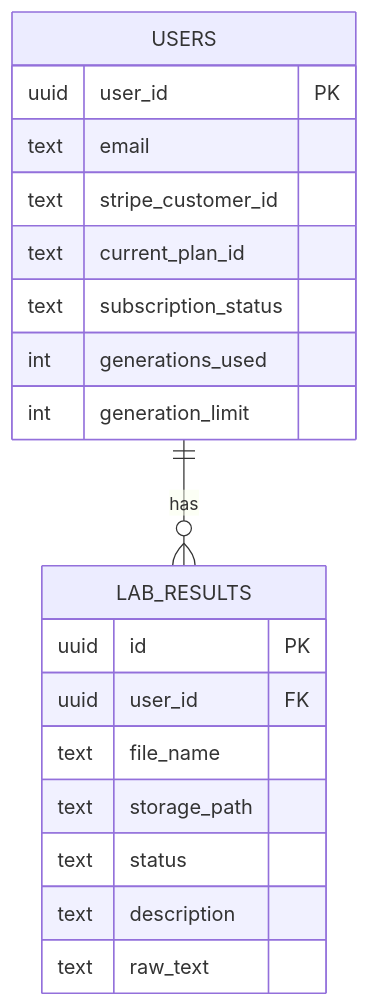
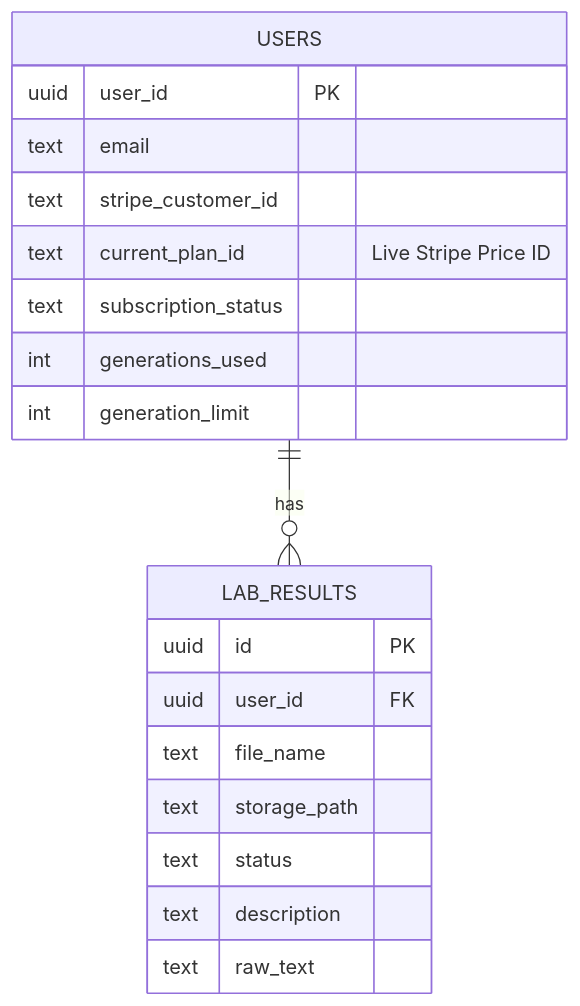
Before and after one commit to takshitheady/straininsightsfinal: the second of 2 diagrams in docs/07_Mermaid_Charts.md, drawn with Mermaid. The commit also changed other lines of this file and 8 other files, not shown here.

````diff
--- a/docs/07_Mermaid_Charts.md
+++ b/docs/07_Mermaid_Charts.md
@@ -87,28 +87,28 @@
 ```mermaid
 erDiagram
     USERS {
         uuid user_id PK
         text email
         text stripe_customer_id
-        text current_plan_id
+        text current_plan_id "Live Stripe Price ID"
         text subscription_status
         int generations_used
         int generation_limit
     }
 
     LAB_RESULTS {
         uuid id PK
         uuid user_id FK
         text file_name
         text storage_path
         text status
         text description
         text raw_text
     }
 
     USERS ||--o{ LAB_RESULTS : "has"
 
     %% Relationships to auth.users table (conceptual)
     %% auth.users { uuid id PK ... }
     %% USERS::user_id -- auth.users::id : "extends"
 ```
````
